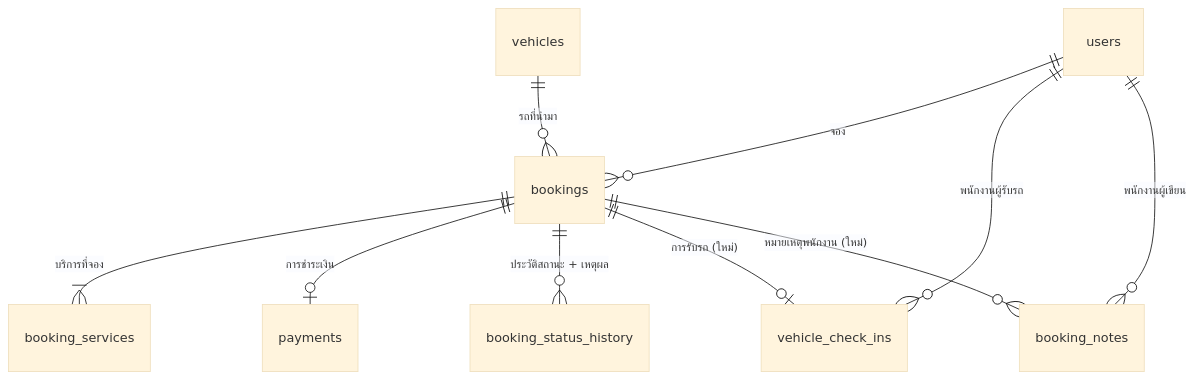
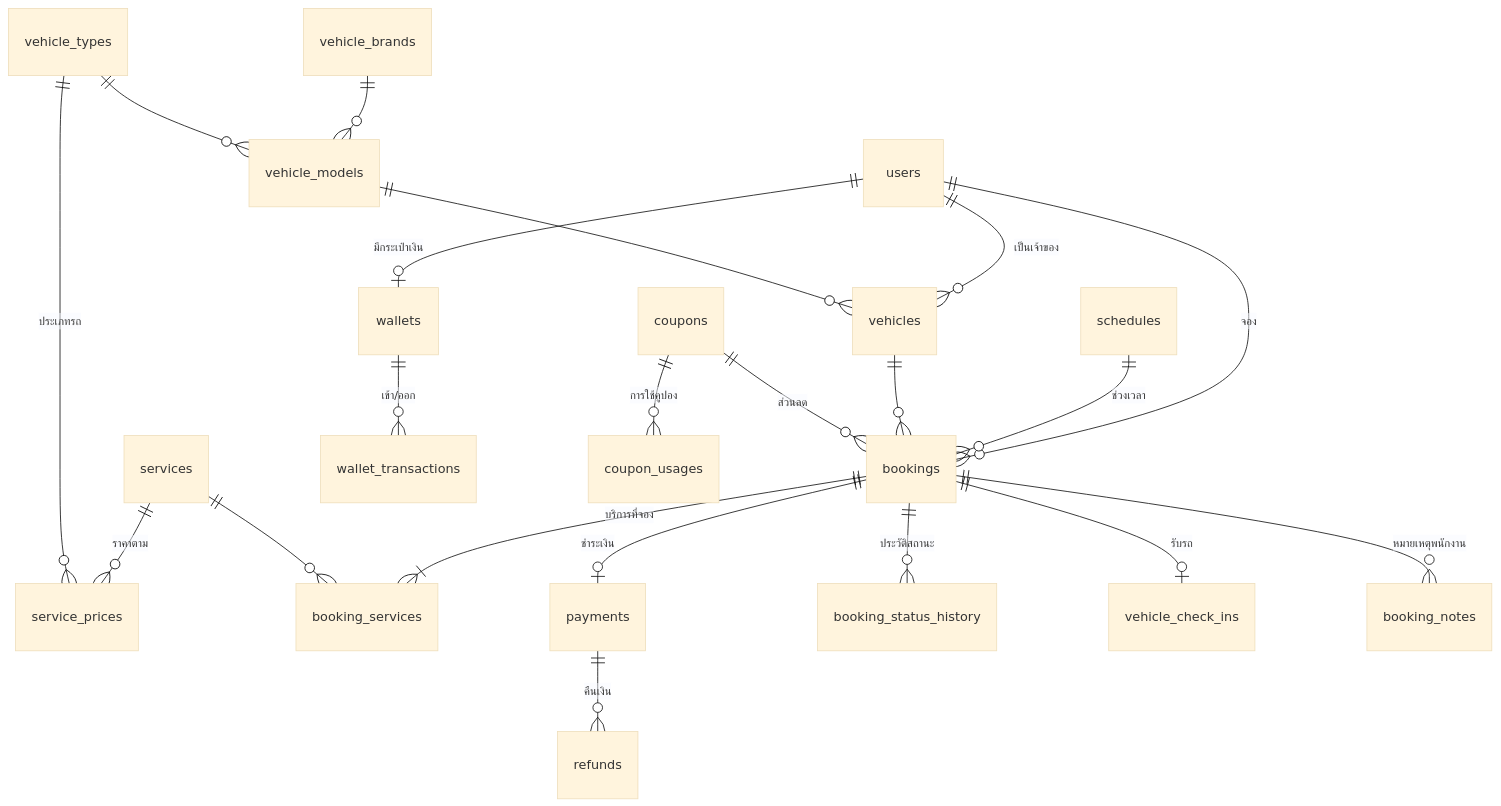
Before and after one commit to chetakit/Car-care: the third of 3 diagrams in README.md, drawn with Mermaid (base theme). The commit also changed other lines of this file, not shown here.

````diff
--- a/README.md
+++ b/README.md
@@ -128,12 +137,23 @@
 ```mermaid
 erDiagram
+  users ||--o{ vehicles : "เป็นเจ้าของ"
   users ||--o{ bookings : "จอง"
-  vehicles ||--o{ bookings : "รถที่นำมา"
+  users ||--o| wallets : "มีกระเป๋าเงิน"
+  vehicle_brands ||--o{ vehicle_models : ""
+  vehicle_types ||--o{ vehicle_models : ""
+  vehicle_models ||--o{ vehicles : ""
+  services ||--o{ service_prices : "ราคาตาม"
+  vehicle_types ||--o{ service_prices : "ประเภทรถ"
+  schedules ||--o{ bookings : "ช่วงเวลา"
+  vehicles ||--o{ bookings : ""
+  coupons ||--o{ bookings : "ส่วนลด"
   bookings ||--|{ booking_services : "บริการที่จอง"
-  bookings ||--o| payments : "การชำระเงิน"
-  bookings ||--o{ booking_status_history : "ประวัติสถานะ + เหตุผล"
-  bookings ||--o| vehicle_check_ins : "การรับรถ (ใหม่)"
-  bookings ||--o{ booking_notes : "หมายเหตุพนักงาน (ใหม่)"
-  users ||--o{ vehicle_check_ins : "พนักงานผู้รับรถ"
-  users ||--o{ booking_notes : "พนักงานผู้เขียน"
+  services ||--o{ booking_services : ""
+  bookings ||--o| payments : "ชำระเงิน"
+  payments ||--o{ refunds : "คืนเงิน"
+  wallets ||--o{ wallet_transactions : "เข้า/ออก"
+  bookings ||--o{ booking_status_history : "ประวัติสถานะ"
+  bookings ||--o| vehicle_check_ins : "รับรถ"
+  bookings ||--o{ booking_notes : "หมายเหตุพนักงาน"
+  coupons ||--o{ coupon_usages : "การใช้คูปอง"
 ```
````
